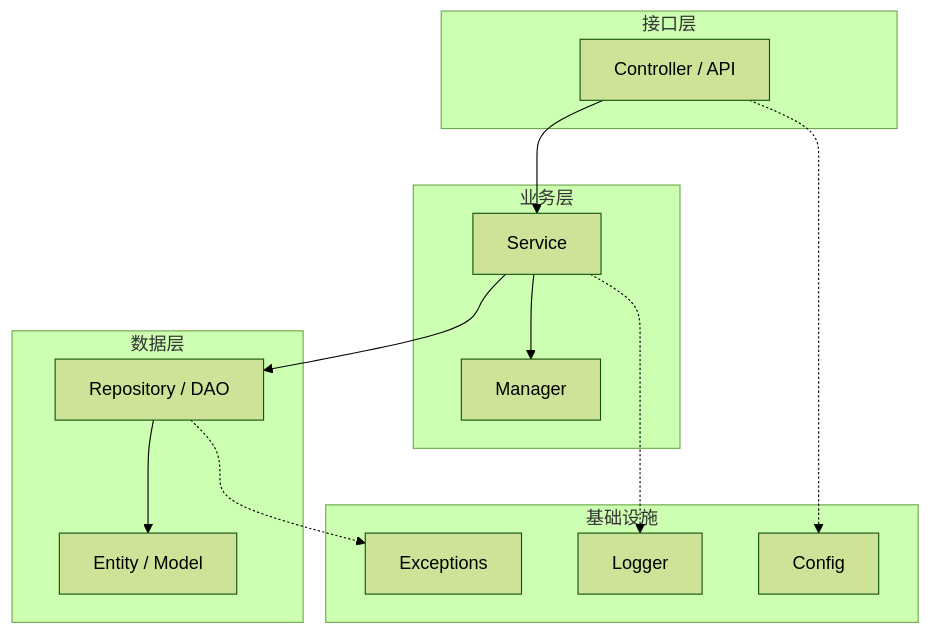
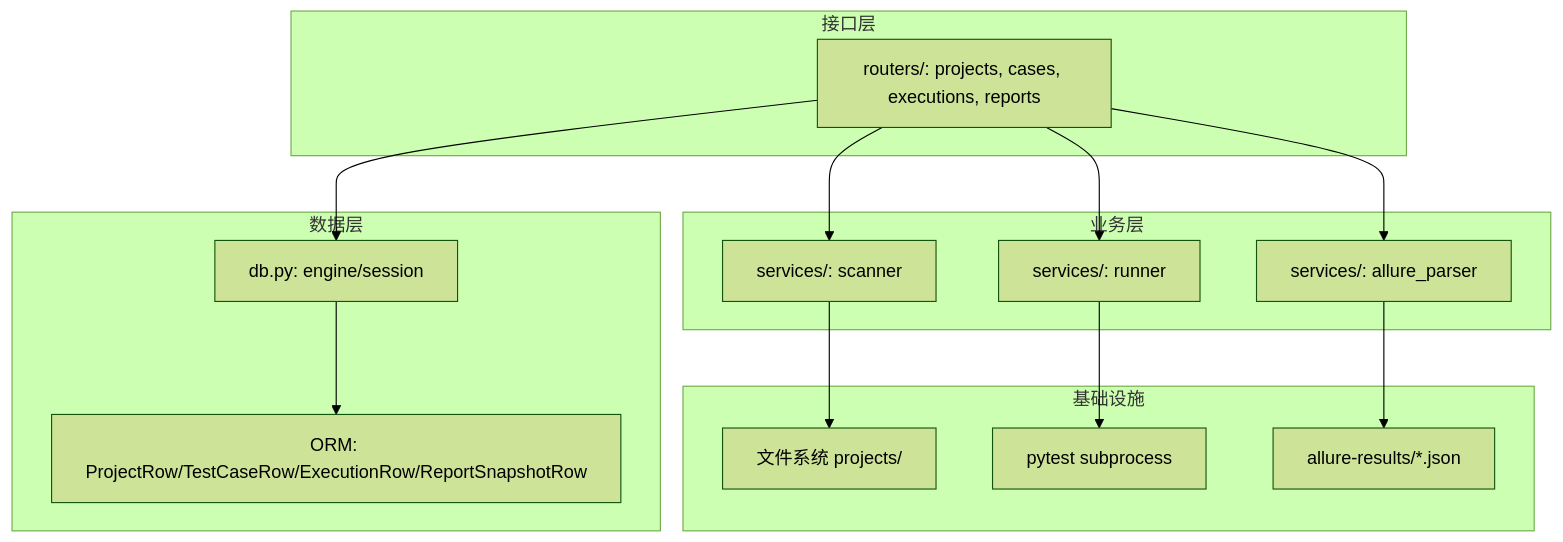
Before and after one commit to Rogers501/automation-platform: the first of 10 diagrams in docs/详细设计文档.md, drawn with Mermaid (forest theme). The commit also changed other lines of this file and 9 other files, not shown here.

````diff
--- a/docs/详细设计文档.md
+++ b/docs/详细设计文档.md
@@ -79,24 +86,24 @@
 ```mermaid
 graph TB
     subgraph 接口层
-        CTL[Controller / API]
+        CTL[routers/: projects, cases, executions, reports]
     end
     subgraph 业务层
-        SVC[Service]
-        MGR[Manager]
+        SVC[services/: scanner]
+        MGR[services/: runner]
+        APR[services/: allure_parser]
     end
     subgraph 数据层
-        REPO[Repository / DAO]
-        MODEL[Entity / Model]
+        DB[db.py: engine/session]
+        MODEL[ORM: ProjectRow/TestCaseRow/ExecutionRow/ReportSnapshotRow]
     end
     subgraph 基础设施
-        CFG[Config]
-        LOG[Logger]
-        EXC[Exceptions]
+        FS[文件系统 projects/]
+        PY[pytest subprocess]
+        AR[allure-results/*.json]
     end
-    CTL --> SVC --> REPO --> MODEL
-    SVC --> MGR
-    CTL -.-> CFG
-    SVC -.-> LOG
-    REPO -.-> EXC
+    CTL --> SVC --> FS
+    CTL --> MGR --> PY
+    CTL --> APR --> AR
+    CTL --> DB --> MODEL
 ```
````
